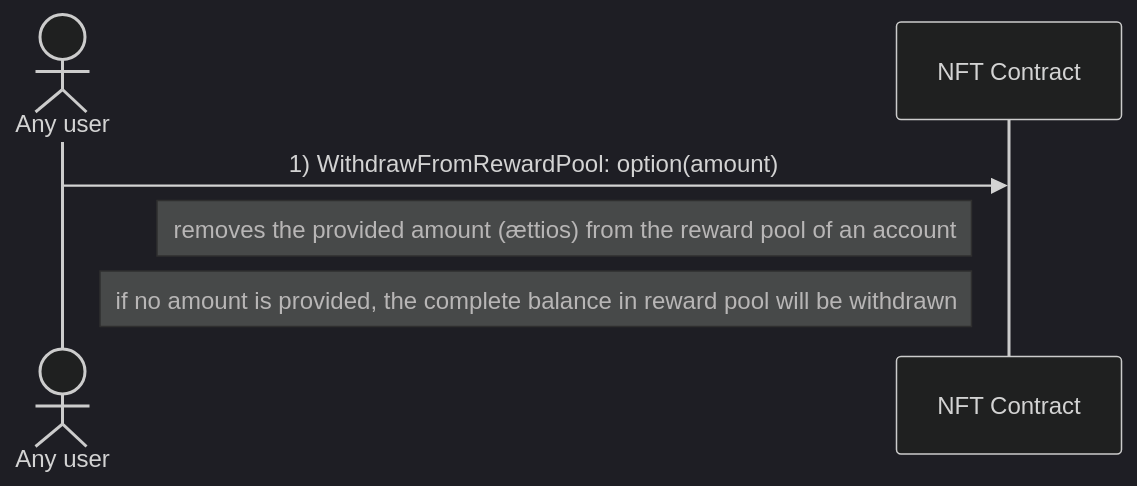
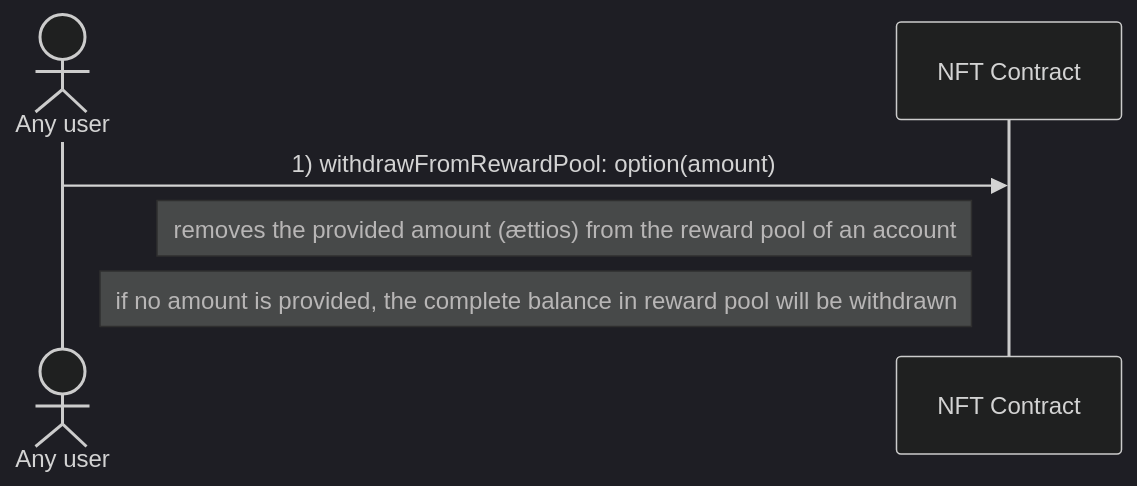
One commit to marc0olo/aens-nfts changed the sixth of 6 diagrams in docs/diagrams/reward_users.md. Above: the diagram before and after it, drawn with Mermaid (dark theme). The commit also changed 4 other files, not shown here.

````diff
--- a/docs/diagrams/reward_users.md
+++ b/docs/diagrams/reward_users.md
@@ -72,7 +72,7 @@
 ```mermaid
 sequenceDiagram
     actor Any user
-    Any user ->> NFT Contract: 1) WithdrawFromRewardPool: option(amount)
+    Any user ->> NFT Contract: 1) withdrawFromRewardPool: option(amount)
     Note left of NFT Contract: removes the provided amount (ættios) from the reward pool of an account
     Note left of NFT Contract: if no amount is provided, the complete balance in reward pool will be withdrawn
 ```
````
